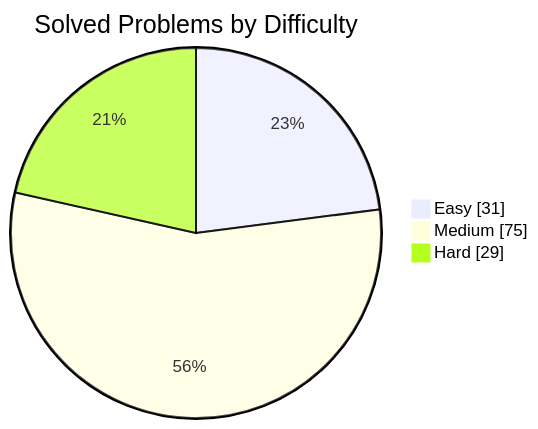
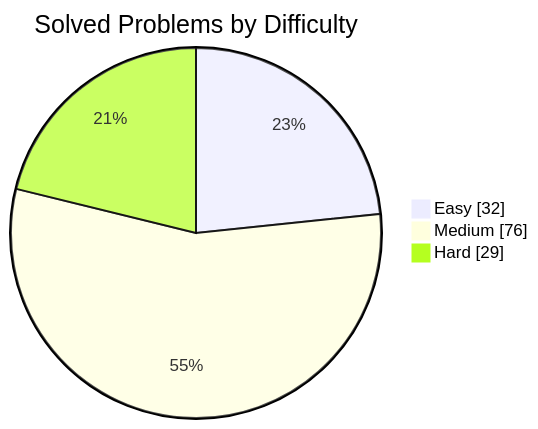
The first of 2 diagrams in README.md (manikantbindass/DSA-Preparation-FAANG), drawn with Mermaid before and after one commit. The commit also changed other lines of this file, not shown here.

````diff
--- a/README.md
+++ b/README.md
@@ -38,7 +38,7 @@
 ```mermaid
 pie showData
     title Solved Problems by Difficulty
-    "Easy" : 31
-    "Medium" : 75
+    "Easy" : 32
+    "Medium" : 76
     "Hard" : 29
 ```
````
